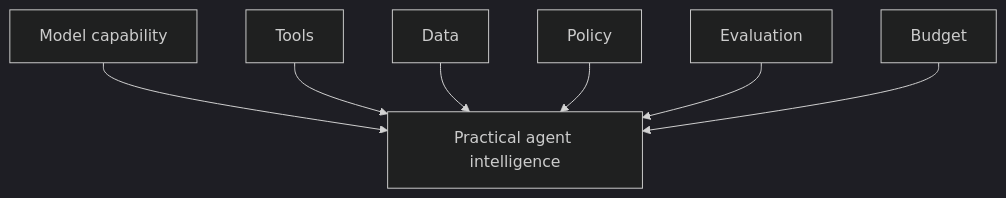
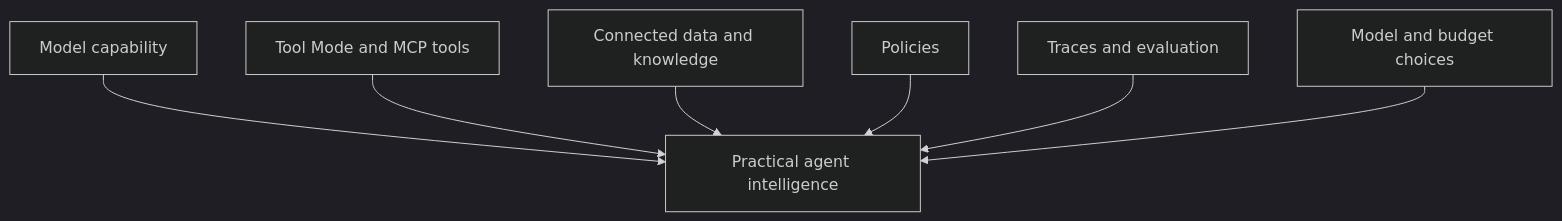
The third of 9 diagrams in book/chapters/chapter-07-the-future-of-agentic-ai-and-your-role.md (naren-allam/agents-beginners), drawn with Mermaid (dark theme) before and after one commit. The commit also changed other lines of this file and 28 other files, not shown here.

````diff
--- a/book/chapters/chapter-07-the-future-of-agentic-ai-and-your-role.md
+++ b/book/chapters/chapter-07-the-future-of-agentic-ai-and-your-role.md
@@ -69,17 +72,17 @@
 ```mermaid
 flowchart TD
     Capability["Model capability"]
-    Tools["Tools"]
-    Data["Data"]
-    Policy["Policy"]
-    Eval["Evaluation"]
-    Budget["Budget"]
-    ProductionIntelligence["Practical agent intelligence"]
+    Tools["Tool Mode and MCP tools"]
+    Data["Connected data and knowledge"]
+    Policy["Policies"]
+    Eval["Traces and evaluation"]
+    Budget["Model and budget choices"]
+    PracticalIntelligence["Practical agent intelligence"]
 
-    Capability --> ProductionIntelligence
-    Tools --> ProductionIntelligence
-    Data --> ProductionIntelligence
-    Policy --> ProductionIntelligence
-    Eval --> ProductionIntelligence
-    Budget --> ProductionIntelligence
+    Capability --> PracticalIntelligence
+    Tools --> PracticalIntelligence
+    Data --> PracticalIntelligence
+    Policy --> PracticalIntelligence
+    Eval --> PracticalIntelligence
+    Budget --> PracticalIntelligence
 ```
````
